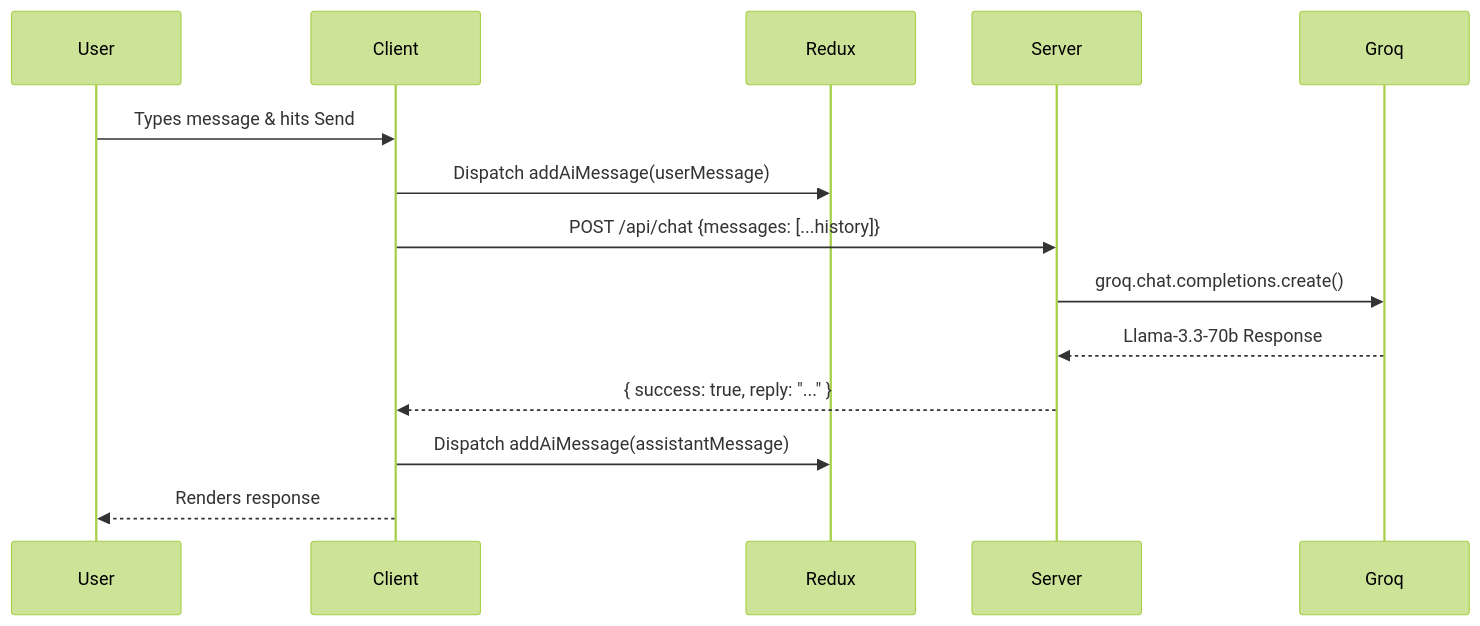
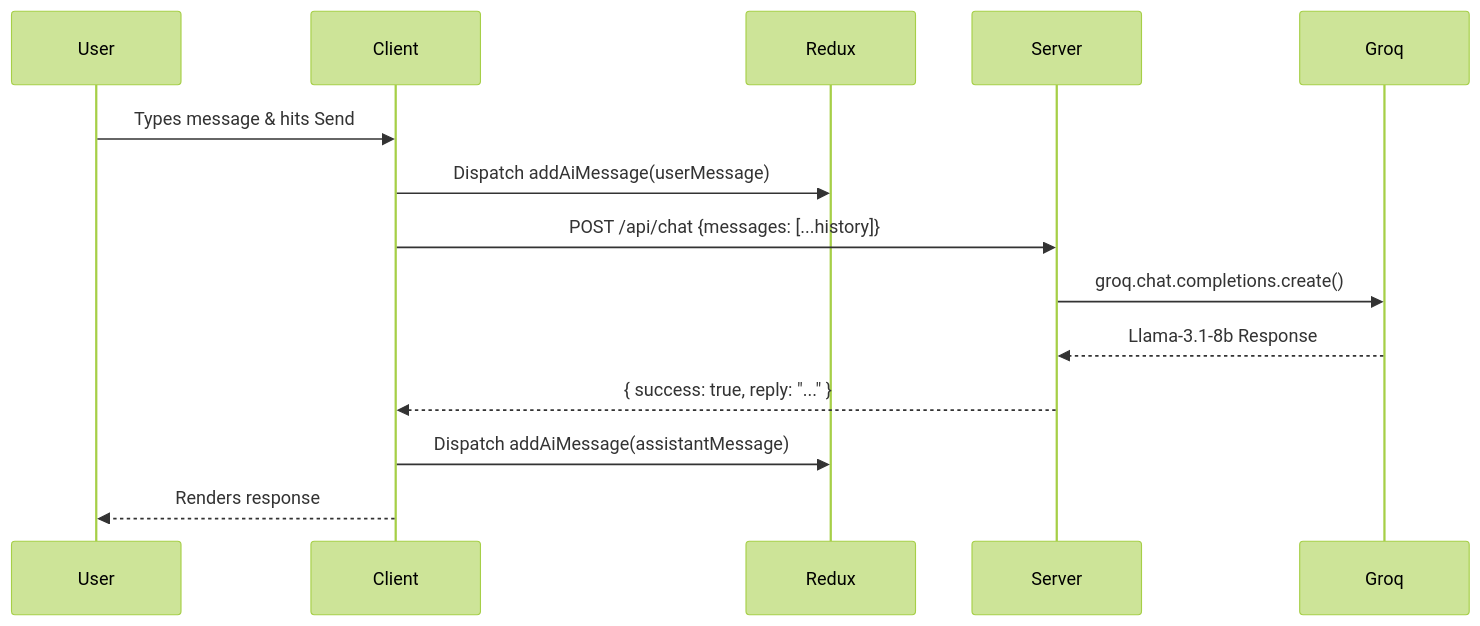
One commit to Balavignesh-J/Bolt changed the second of 2 diagrams in README.md. Above: the diagram before and after it, drawn with Mermaid (forest theme). The commit also changed other lines of this file and 1 other file, not shown here.

````diff
--- a/README.md
+++ b/README.md
@@ -89,17 +89,17 @@
 ```mermaid
 sequenceDiagram
     participant User
     participant Client
     participant Redux
     participant Server
     participant Groq
 
     User->>Client: Types message & hits Send
     Client->>Redux: Dispatch addAiMessage(userMessage)
     Client->>Server: POST /api/chat {messages: [...history]}
     Server->>Groq: groq.chat.completions.create()
-    Groq-->>Server: Llama-3.3-70b Response
+    Groq-->>Server: Llama-3.1-8b Response
     Server-->>Client: { success: true, reply: "..." }
     Client->>Redux: Dispatch addAiMessage(assistantMessage)
     Client-->>User: Renders response
 ```
````
